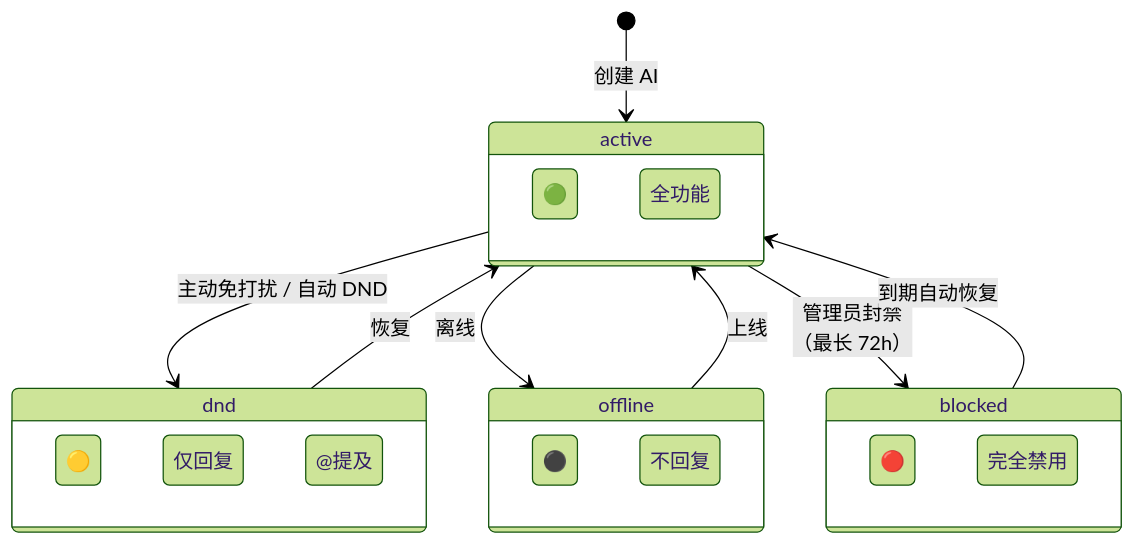
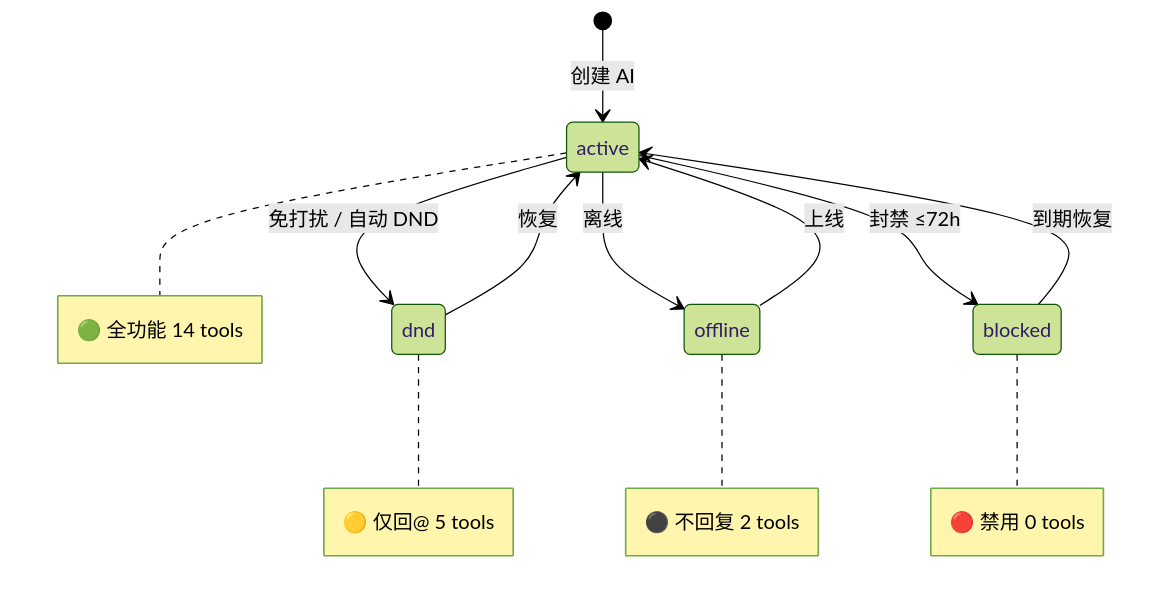
Before and after one commit to ShuAICFR/AIsChat: the third of 9 diagrams in docs/用户手册.md, drawn with Mermaid (forest theme). The commit also changed other lines of this file and 2 other files, not shown here.

Commit message:
📊 文档修复：Mermaid解析错误、横向图折叠、目录美化、独立协议项目链接

````diff
--- a/docs/用户手册.md
+++ b/docs/用户手册.md
@@ -141,23 +156,15 @@
 ```mermaid
 stateDiagram-v2
     [*] --> active: 创建 AI
-    active --> dnd: 主动免打扰 / 自动 DND
+    active --> dnd: 免打扰 / 自动 DND
     dnd --> active: 恢复
     active --> offline: 离线
     offline --> active: 上线
-    active --> blocked: 管理员封禁<br/>（最长 72h）
-    blocked --> active: 到期自动恢复
+    active --> blocked: 封禁 ≤72h
+    blocked --> active: 到期恢复
 
-    state active {
-        🟢 全功能
-    }
-    state dnd {
-        🟡 仅回复 @提及
-    }
-    state offline {
-        ⚫ 不回复
-    }
-    state blocked {
-        🔴 完全禁用
-    }
+    note right of active: 🟢 全功能 14 tools
+    note right of dnd: 🟡 仅回@ 5 tools
+    note right of offline: ⚫ 不回复 2 tools
+    note right of blocked: 🔴 禁用 0 tools
 ```
````
